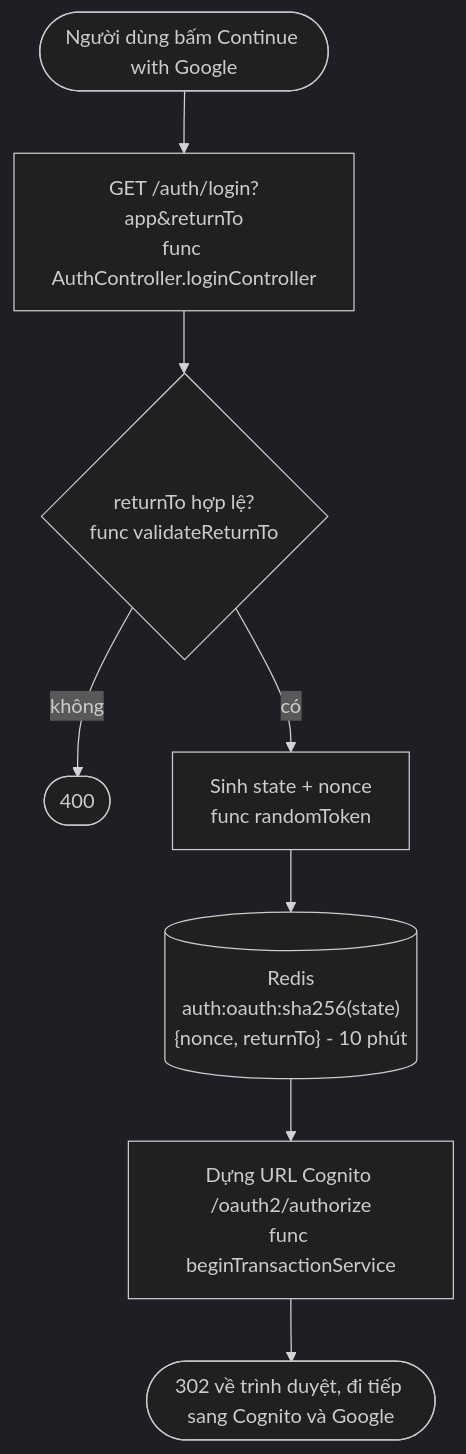
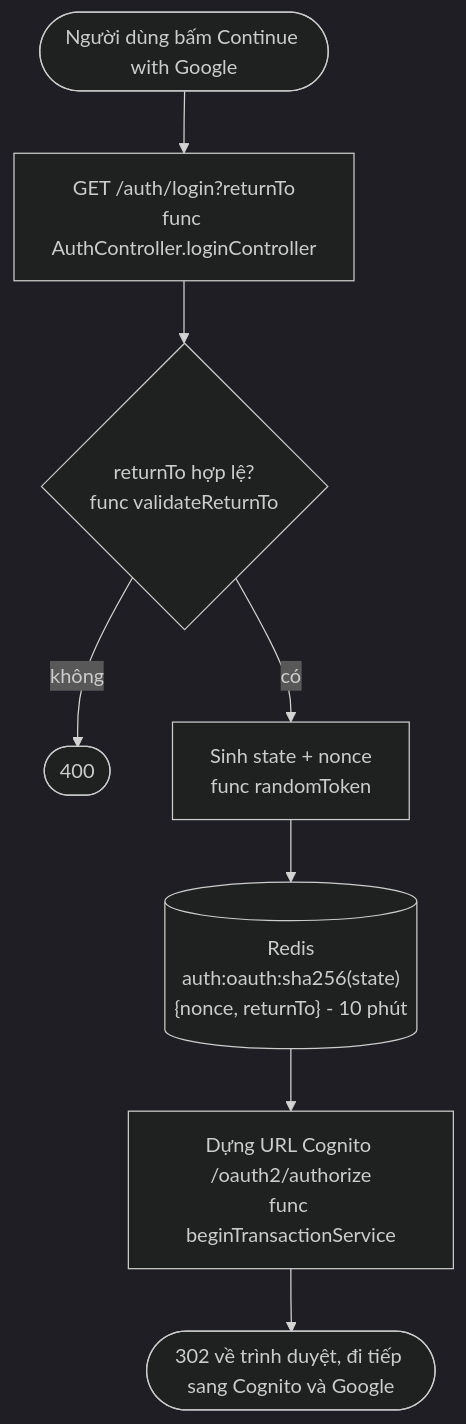
Before and after one commit to ngtrthvu3007/lastbite-pwa: the first of 4 diagrams in docs/features/authentication-flows.md, drawn with Mermaid (dark theme). The commit also changed other lines of this file and 92 other files, not shown here.

````diff
--- a/docs/features/authentication-flows.md
+++ b/docs/features/authentication-flows.md
@@ -34,10 +34,10 @@
 ```mermaid
 flowchart TD
-    A(["Người dùng bấm Continue with Google"]) --> B["GET /auth/login?app&returnTo<br/>func AuthController.loginController"]
+    A(["Người dùng bấm Continue with Google"]) --> B["GET /auth/login?returnTo<br/>func AuthController.loginController"]
     B --> C{"returnTo hợp lệ?<br/>func validateReturnTo"}
     C -- "không" --> X(["400"])
     C -- "có" --> D["Sinh state + nonce<br/>func randomToken"]
     D --> E[("Redis<br/>auth:oauth:sha256(state)<br/>{nonce, returnTo} - 10 phút")]
     E --> F["Dựng URL Cognito /oauth2/authorize<br/>func beginTransactionService"]
     F --> G(["302 về trình duyệt, đi tiếp sang Cognito và Google"])
 ```
````
